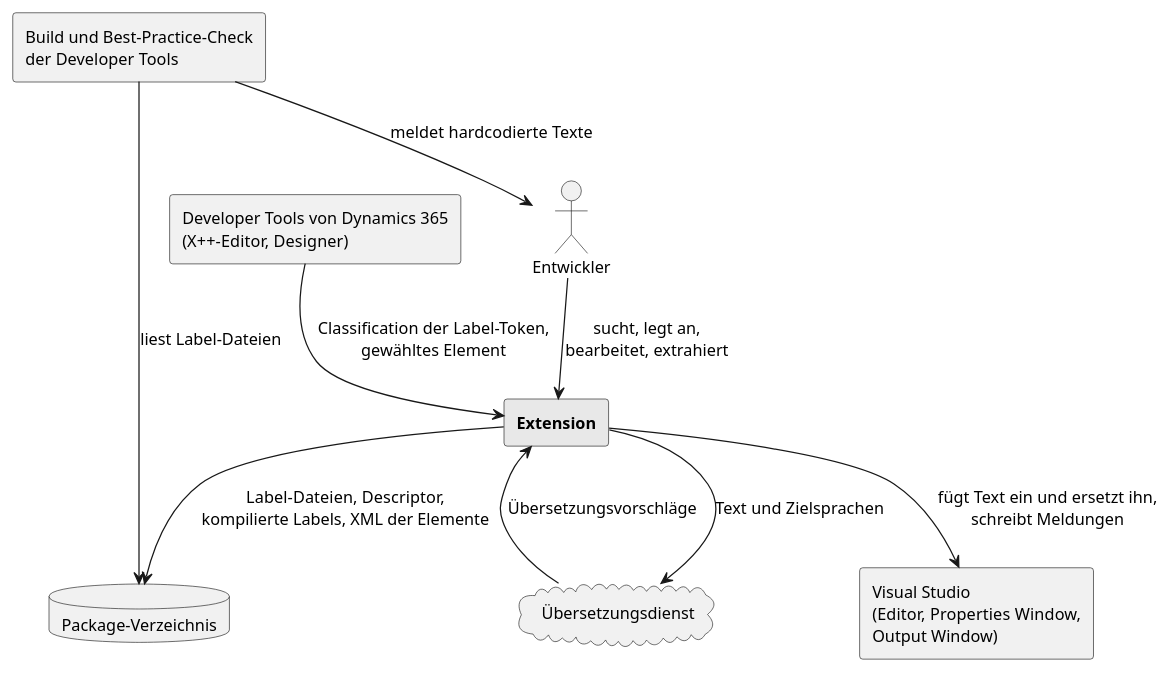
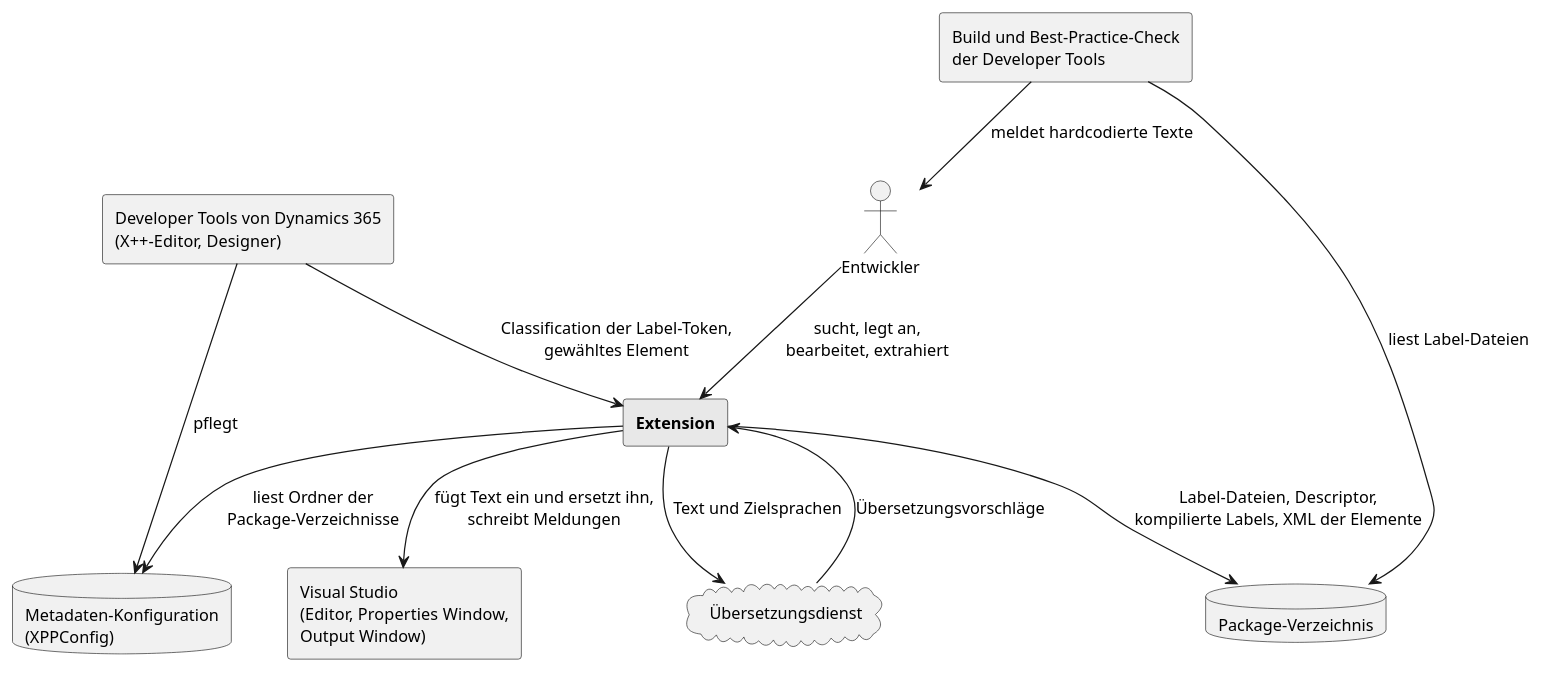
One commit to Adyrem/diploma-label-localization changed the diagram in documentation/diagrams/Kontextdiagramm.puml. Above: the diagram before and after it, drawn with PlantUML. The commit also changed 8 other files, not shown here.

```diff
--- a/documentation/diagrams/Kontextdiagramm.puml
+++ b/documentation/diagrams/Kontextdiagramm.puml
@@ -1,24 +1,27 @@
 @startuml
 ' Kontext der Extension: Benutzer, Host und Nachbarsysteme.
 ' Rendern: plantuml -tpng -charset UTF-8 Kontextdiagramm.puml
 
 skinparam defaultFontSize 13
 skinparam shadowing false
 
 actor "Entwickler" as DEV
 rectangle "**Extension**" as EXT #E8E8E8
 rectangle "Visual Studio\n(Editor, Properties Window,\nOutput Window)" as VS
 rectangle "Developer Tools von Dynamics 365\n(X++-Editor, Designer)" as D365
 rectangle "Build und Best-Practice-Check\nder Developer Tools" as BUILD
 database "Package-Verzeichnis" as PKG
+database "Metadaten-Konfiguration\n(XPPConfig)" as CFG
 cloud "Übersetzungsdienst" as SVC
 
 DEV --> EXT : sucht, legt an,\nbearbeitet, extrahiert
 EXT --> VS : fügt Text ein und ersetzt ihn,\nschreibt Meldungen
 D365 --> EXT : Classification der Label-Token,\ngewähltes Element
 EXT --> PKG : Label-Dateien, Descriptor,\nkompilierte Labels, XML der Elemente
+EXT --> CFG : liest Ordner der\nPackage-Verzeichnisse
+D365 --> CFG : pflegt
 EXT --> SVC : Text und Zielsprachen
 SVC --> EXT : Übersetzungsvorschläge
 BUILD --> PKG : liest Label-Dateien
 BUILD --> DEV : meldet hardcodierte Texte
 @enduml
```
